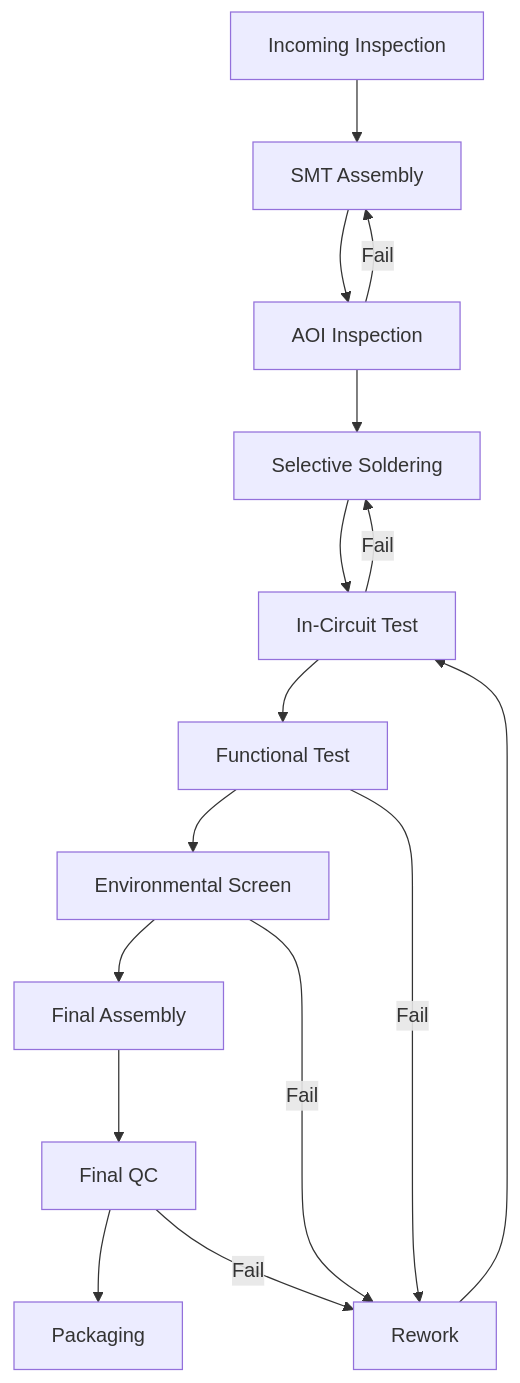
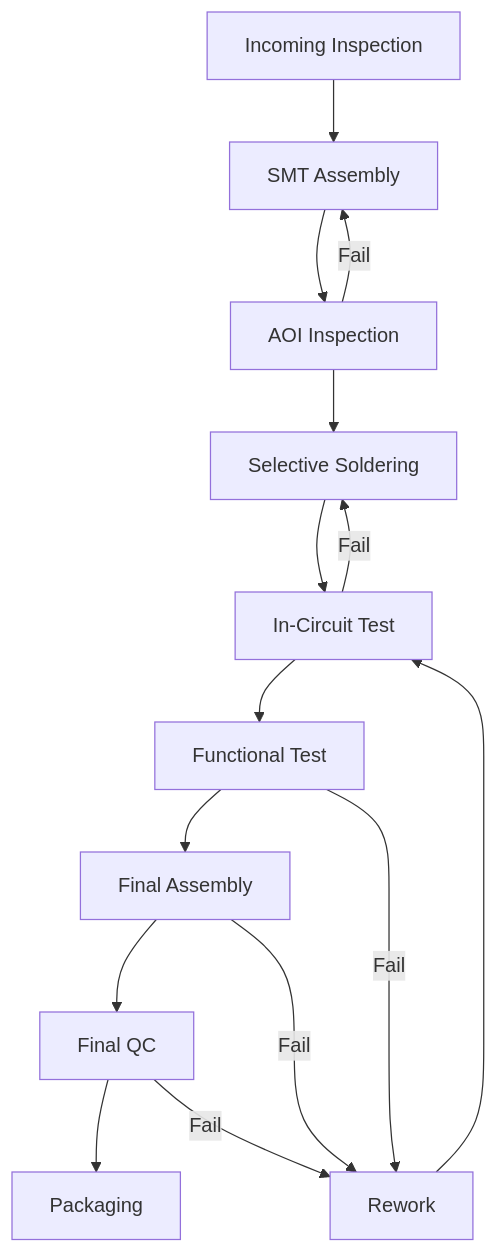
The diagram in docs/quality/manufacturing-qc.md (arribada/developer_portal), drawn with Mermaid before and after one commit. The commit also changed other lines of this file and 1 other file, not shown here.

````diff
--- a/docs/quality/manufacturing-qc.md
+++ b/docs/quality/manufacturing-qc.md
@@ -16,19 +16,18 @@
 ```mermaid
 graph TD
     A[Incoming Inspection] --> B[SMT Assembly]
     B --> C[AOI Inspection]
     C --> D[Selective Soldering]
     D --> E[In-Circuit Test]
     E --> F[Functional Test]
-    F --> G[Environmental Screen]
-    G --> H[Final Assembly]
-    H --> I[Final QC]
-    I --> J[Packaging]
+    F --> G[Final Assembly]
+    G --> H[Final QC]
+    H --> I[Packaging]
     
     C -->|Fail| B
     E -->|Fail| D
     F -->|Fail| R[Rework]
     G -->|Fail| R
-    I -->|Fail| R
+    H -->|Fail| R
     R --> E
 ```
````
